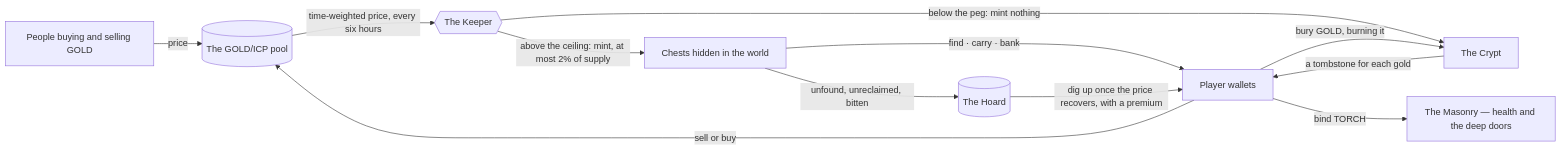
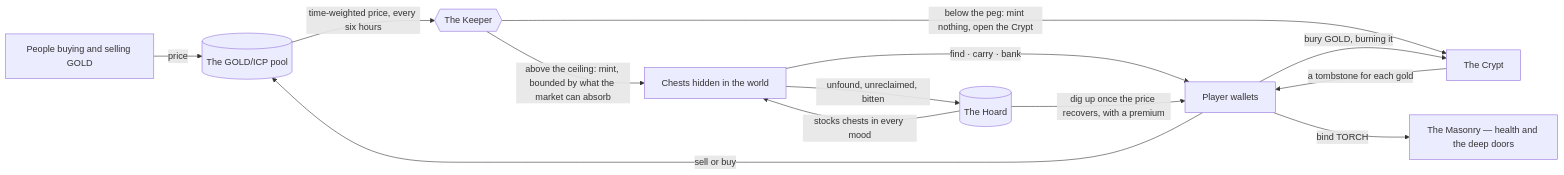
The diagram in README.md (Smugandcomfy/delulu_canyon), drawn with Mermaid before and after one commit. The commit also changed other lines of this file and 7 other files, not shown here.

````diff
--- a/README.md
+++ b/README.md
@@ -28,14 +39,15 @@
 ```mermaid
 flowchart LR
     B["People buying and selling GOLD"] -->|"price"| P[("The GOLD/ICP pool")]
     P -->|"time-weighted price, every six hours"| K{{"The Keeper"}}
-    K -->|"above the ceiling: mint, at most 2% of supply"| C["Chests hidden in the world"]
+    K -->|"above the ceiling: mint, bounded by what the market can absorb"| C["Chests hidden in the world"]
     C -->|"find · carry · bank"| W["Player wallets"]
     W -->|"sell or buy"| P
     C -->|"unfound, unreclaimed, bitten"| H[("The Hoard")]
-    K -->|"below the peg: mint nothing"| X["The Crypt"]
+    H -->|"stocks chests in every mood"| C
+    K -->|"below the peg: mint nothing, open the Crypt"| X["The Crypt"]
     W -->|"bury GOLD, burning it"| X
     X -->|"a tombstone for each gold"| W
     H -->|"dig up once the price recovers, with a premium"| W
     W -->|"bind TORCH"| M["The Masonry — health and the deep doors"]
 ```
````
